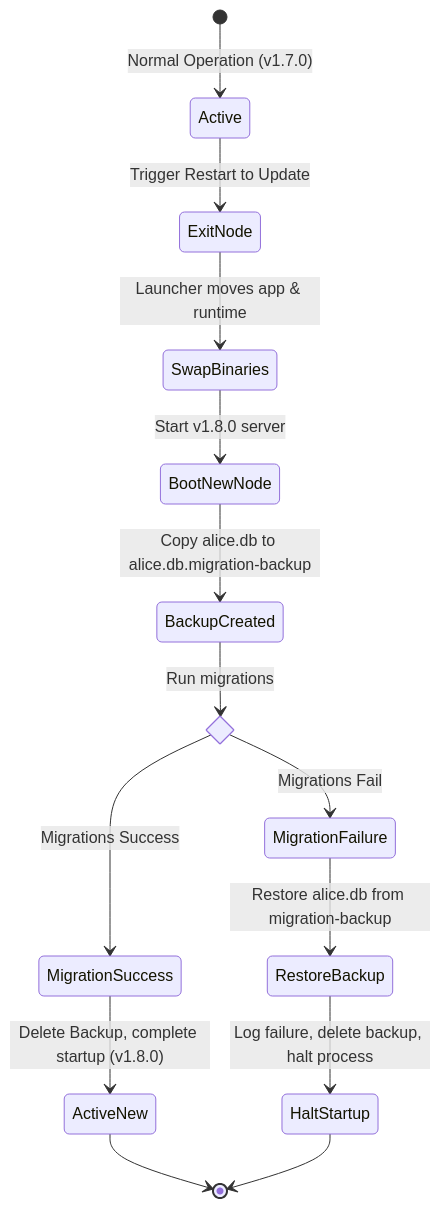
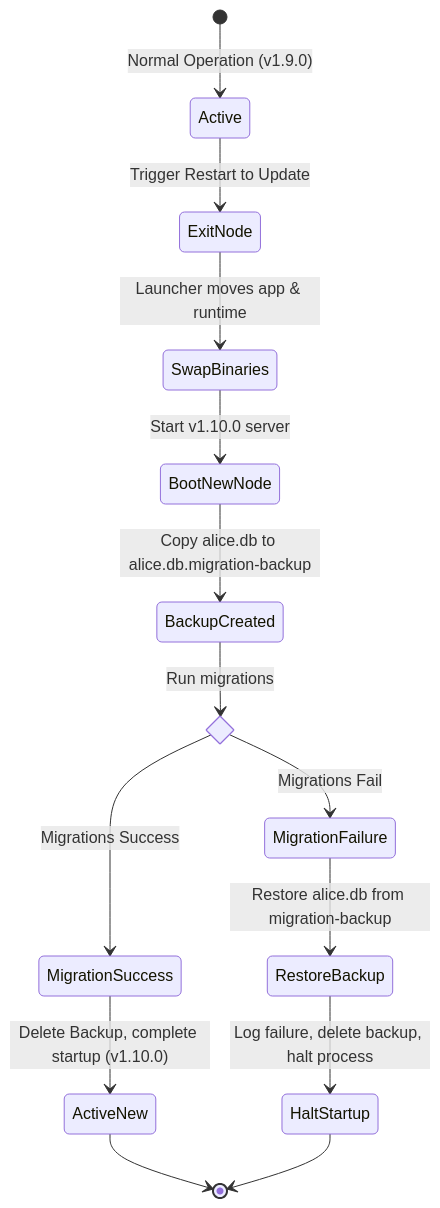
One commit to reso830/Project_Alice changed the diagram in specs/041-self-update-support/data-model.md. Above: the diagram before and after it, drawn with Mermaid. The commit also changed other lines of this file and 8 other files, not shown here.

````diff
--- a/specs/041-self-update-support/data-model.md
+++ b/specs/041-self-update-support/data-model.md
@@ -83,21 +83,21 @@
 ```mermaid
 stateDiagram-v2
-    [*] --> Active : Normal Operation (v1.7.0)
+    [*] --> Active : Normal Operation (v1.9.0)
     Active --> ExitNode : Trigger Restart to Update
     ExitNode --> SwapBinaries : Launcher moves app & runtime
-    SwapBinaries --> BootNewNode : Start v1.8.0 server
+    SwapBinaries --> BootNewNode : Start v1.10.0 server
     BootNewNode --> BackupCreated : Copy alice.db to alice.db.migration-backup
     
     state migration_gate <<choice>>
     BackupCreated --> migration_gate : Run migrations
     
     migration_gate --> MigrationSuccess : Migrations Success
     migration_gate --> MigrationFailure : Migrations Fail
     
-    MigrationSuccess --> ActiveNew : Delete Backup, complete startup (v1.8.0)
+    MigrationSuccess --> ActiveNew : Delete Backup, complete startup (v1.10.0)
     ActiveNew --> [*]
     
     MigrationFailure --> RestoreBackup : Restore alice.db from migration-backup
     RestoreBackup --> HaltStartup : Log failure, delete backup, halt process
     HaltStartup --> [*]
 ```
````
